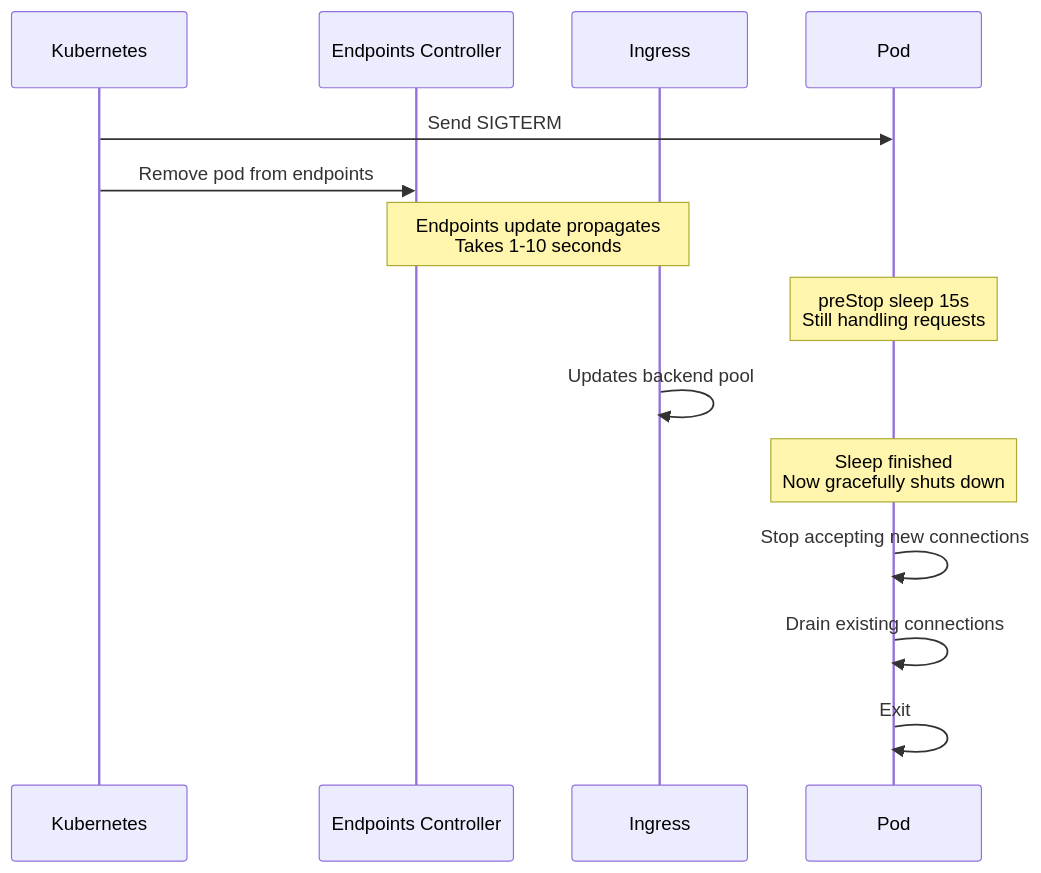
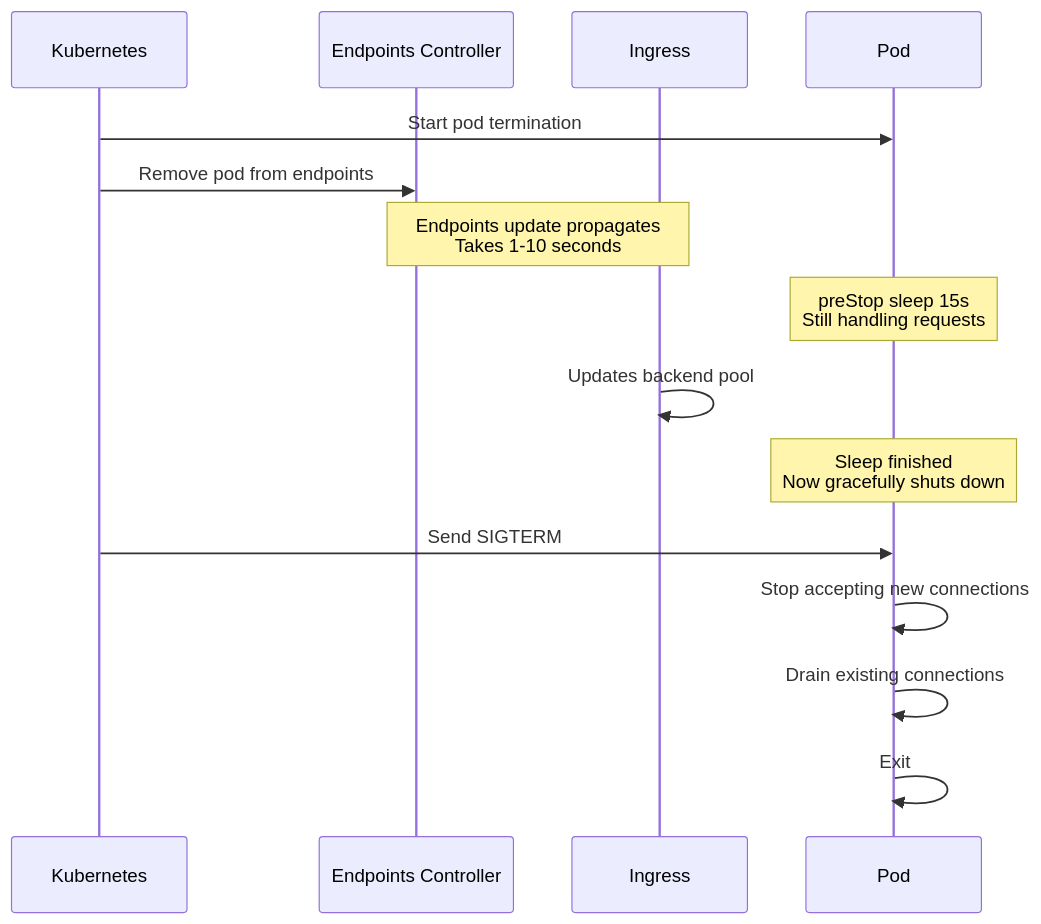
The diagram in posts/2026-02-26-argocd-zero-downtime-deployments/README.md (OneUptime/blog), drawn with Mermaid before and after one commit. The commit also changed other lines of this file and 2 other files, not shown here.

````diff
--- a/posts/2026-02-26-argocd-zero-downtime-deployments/README.md
+++ b/posts/2026-02-26-argocd-zero-downtime-deployments/README.md
@@ -84,17 +93,18 @@
 ```mermaid
 sequenceDiagram
     participant K as Kubernetes
     participant E as Endpoints Controller
     participant I as Ingress
     participant P as Pod
 
-    K->>P: Send SIGTERM
+    K->>P: Start pod termination
     K->>E: Remove pod from endpoints
     Note over E,I: Endpoints update propagates<br/>Takes 1-10 seconds
     Note over P: preStop sleep 15s<br/>Still handling requests
     I->>I: Updates backend pool
     Note over P: Sleep finished<br/>Now gracefully shuts down
+    K->>P: Send SIGTERM
     P->>P: Stop accepting new connections
     P->>P: Drain existing connections
     P->>P: Exit
 ```
````
